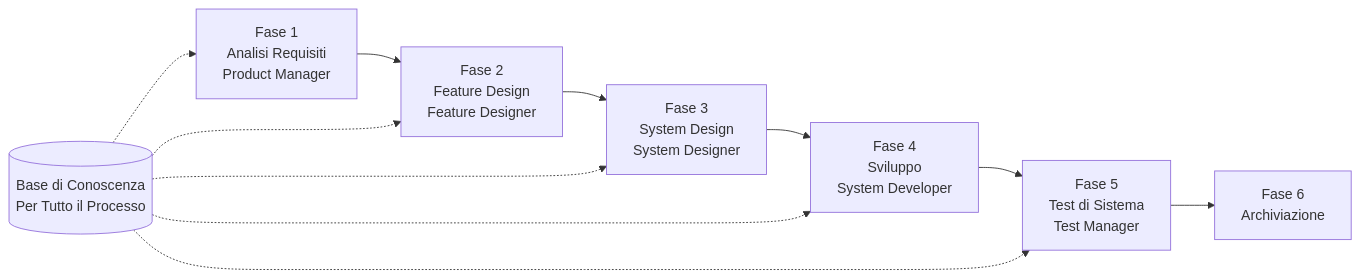
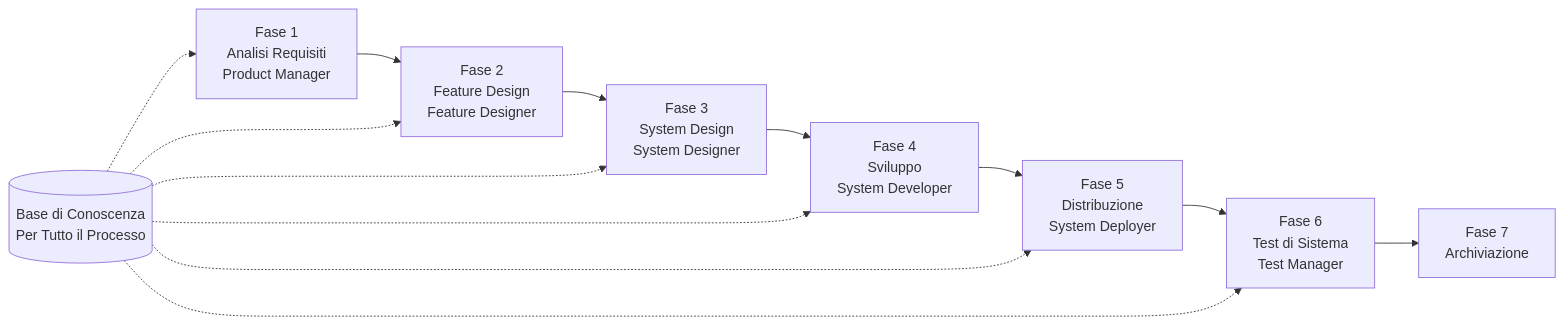
Before and after one commit to charlesmu99/speccrew: the diagram in docs/GETTING-STARTED.it.md, drawn with Mermaid. The commit also changed other lines of this file and 35 other files, not shown here.

````diff
--- a/docs/GETTING-STARTED.it.md
+++ b/docs/GETTING-STARTED.it.md
@@ -144,14 +144,16 @@
 ```mermaid
 flowchart LR
     PRD[Fase 1<br/>Analisi Requisiti<br/>Product Manager] --> FD[Fase 2<br/>Feature Design<br/>Feature Designer]
     FD --> SD[Fase 3<br/>System Design<br/>System Designer]
     SD --> DEV[Fase 4<br/>Sviluppo<br/>System Developer]
-    DEV --> TEST[Fase 5<br/>Test di Sistema<br/>Test Manager]
-    TEST --> ARCHIVE[Fase 6<br/>Archiviazione]
+    DEV --> DEPLOY[Fase 5<br/>Distribuzione<br/>System Deployer]
+    DEPLOY --> TEST[Fase 6<br/>Test di Sistema<br/>Test Manager]
+    TEST --> ARCHIVE[Fase 7<br/>Archiviazione]
     
     KB[(Base di Conoscenza<br/>Per Tutto il Processo)] -.-> PRD
     KB -.-> FD
     KB -.-> SD
     KB -.-> DEV
+    KB -.-> DEPLOY
     KB -.-> TEST
 ```
````
